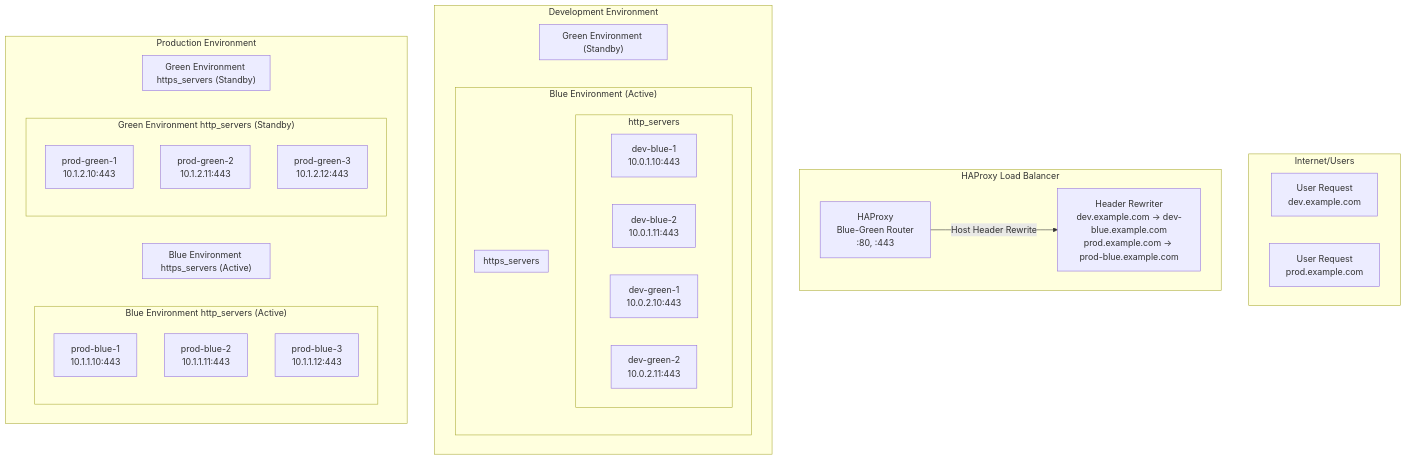
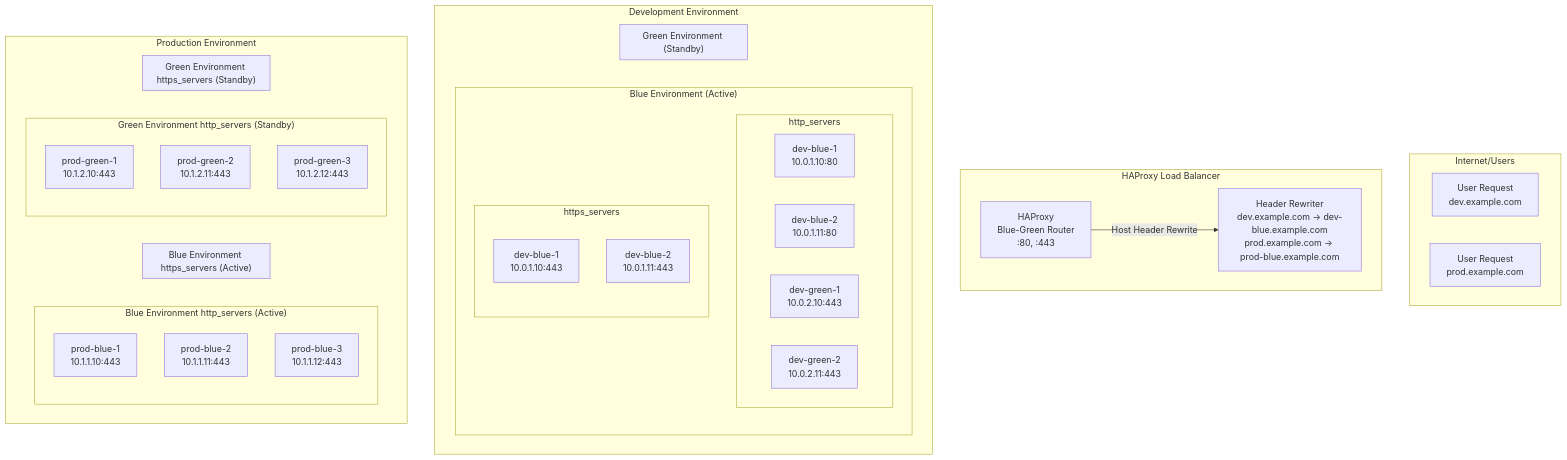
One commit to cadjai/ocp4-cluster-workload-migration changed the diagram in HAPROXY-BLUE-GREEN-README.md. Above: the diagram before and after it, drawn with Mermaid.

Commit message:
edit diagram

````diff
--- a/HAPROXY-BLUE-GREEN-README.md
+++ b/HAPROXY-BLUE-GREEN-README.md
@@ -26,70 +26,70 @@
 ```mermaid
 graph TB
     subgraph "Internet/Users"
         U1[User Request<br/>dev.example.com]
         U2[User Request<br/>prod.example.com]
     end
     
     subgraph "HAProxy Load Balancer"
         H[HAProxy<br/>Blue-Green Router<br/>:80, :443]
         H --> |"Host Header Rewrite"| HR[Header Rewriter<br/>dev.example.com → dev-blue.example.com<br/>prod.example.com → prod-blue.example.com]
     end
     
     subgraph "Development Environment"
 
         subgraph "Blue Environment (Active)"
 
         subgraph "http_servers"
             DB1[dev-blue-1<br/>10.0.1.10:80]
             DB2[dev-blue-2<br/>10.0.1.11:80]
         end
 
         subgraph "https_servers"
-            DB1[dev-blue-1<br/>10.0.1.10:443]
-            DB2[dev-blue-2<br/>10.0.1.11:443]
+            DB3[dev-blue-1<br/>10.0.1.10:443]
+            DB4[dev-blue-2<br/>10.0.1.11:443]
         end
 
         end
         
         subgraph "Green Environment (Standby)"
 
             subgraph "http_servers"
                 DG1[dev-green-1<br/>10.0.2.10:80]
                 DG2[dev-green-2<br/>10.0.2.11:80]
             end
 
             subgraph "https_servers"
                 DG1[dev-green-1<br/>10.0.2.10:443]
                 DG2[dev-green-2<br/>10.0.2.11:443]
             end
 
         end
 
     end
     
     subgraph "Production Environment"
         subgraph "Blue Environment http_servers (Active)"
             PB1[prod-blue-1<br/>10.1.1.10:80]
             PB2[prod-blue-2<br/>10.1.1.11:80]
             PB3[prod-blue-3<br/>10.1.1.12:80]
         end
         
         subgraph "Blue Environment https_servers (Active)"
             PB1[prod-blue-1<br/>10.1.1.10:443]
             PB2[prod-blue-2<br/>10.1.1.11:443]
             PB3[prod-blue-3<br/>10.1.1.12:443]
         end
         
         subgraph "Green Environment http_servers (Standby)"
             PG1[prod-green-1<br/>10.1.2.10:80]
             PG2[prod-green-2<br/>10.1.2.11:80]
             PG3[prod-green-3<br/>10.1.2.12:80]
         end
         
         subgraph "Green Environment https_servers (Standby)"
             PG1[prod-green-1<br/>10.1.2.10:443]
             PG2[prod-green-2<br/>10.1.2.11:443]
             PG3[prod-green-3<br/>10.1.2.12:443]
         end
     end
 ```
````
